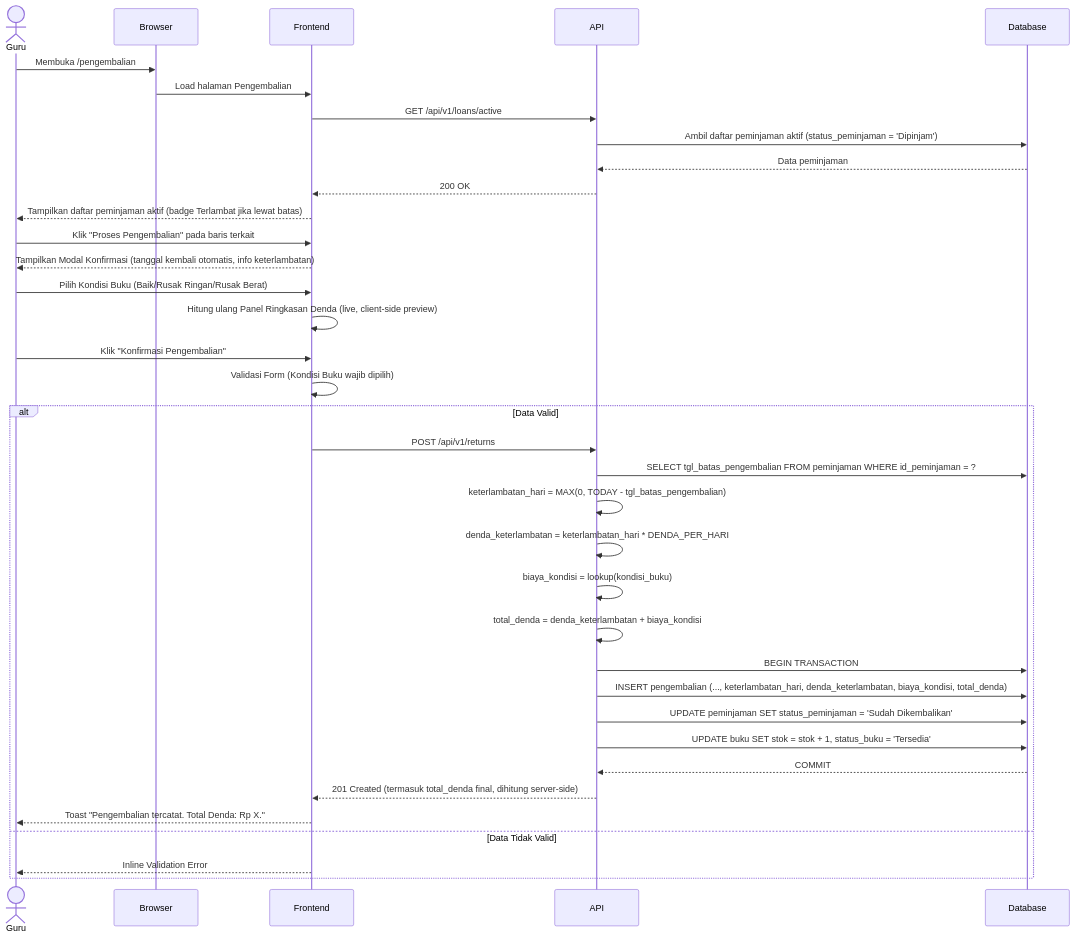
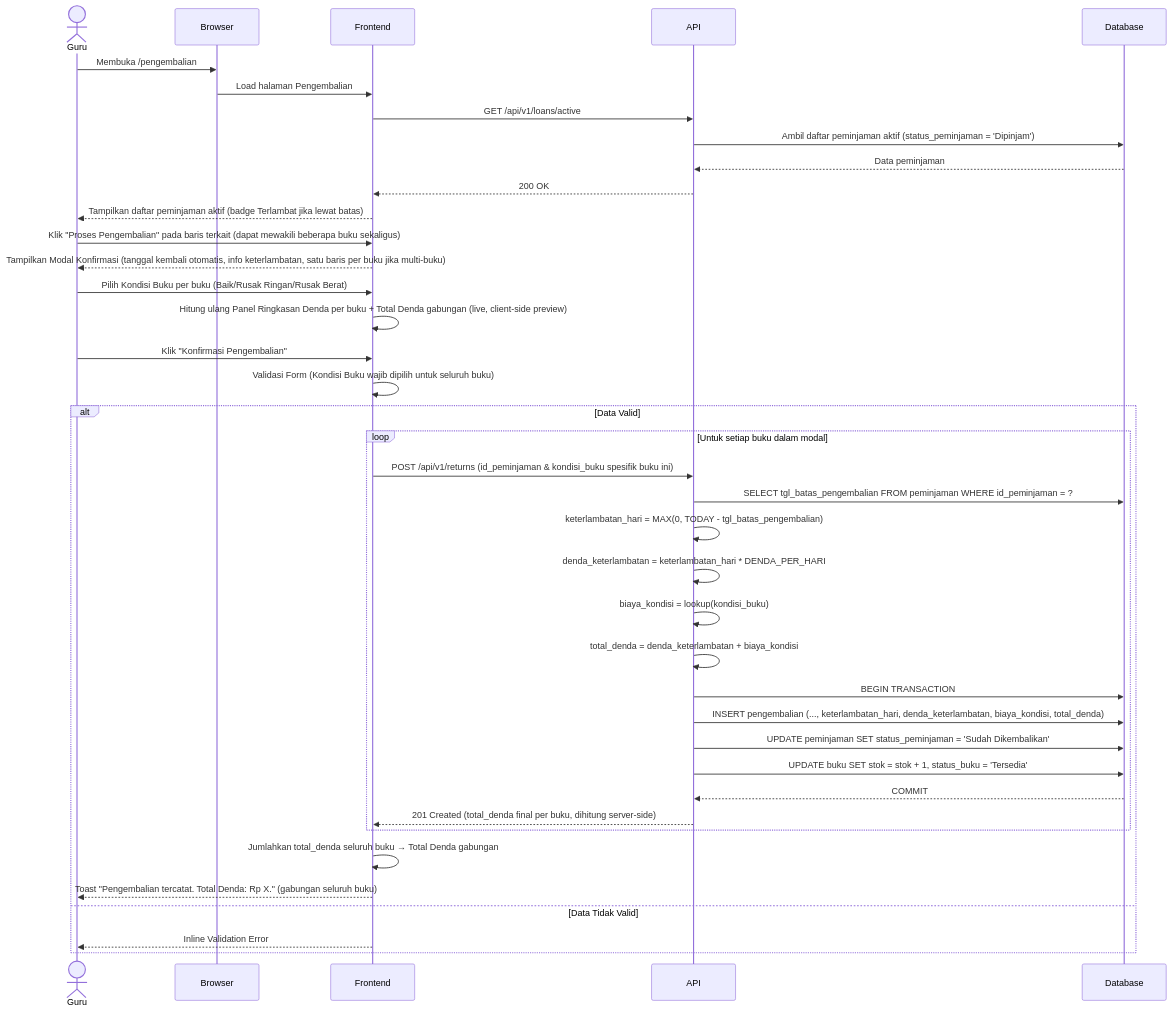
One commit to aliyaFarah14/DPSI-BRAYYY_Project changed the diagram in Docs/system_logic/sys_uc_004.md. Above: the diagram before and after it, drawn with Mermaid. The commit also changed other lines of this file and 7 other files, not shown here.

````diff
--- a/Docs/system_logic/sys_uc_004.md
+++ b/Docs/system_logic/sys_uc_004.md
@@ -47,48 +47,51 @@
 ```mermaid
 sequenceDiagram
     actor Guru
     participant Browser
     participant Frontend
     participant API
     participant Database
 
     Guru->>Browser: Membuka /pengembalian
     Browser->>Frontend: Load halaman Pengembalian
 
     Frontend->>API: GET /api/v1/loans/active
     API->>Database: Ambil daftar peminjaman aktif (status_peminjaman = 'Dipinjam')
     Database-->>API: Data peminjaman
     API-->>Frontend: 200 OK
     Frontend-->>Guru: Tampilkan daftar peminjaman aktif (badge Terlambat jika lewat batas)
 
-    Guru->>Frontend: Klik "Proses Pengembalian" pada baris terkait
-    Frontend-->>Guru: Tampilkan Modal Konfirmasi (tanggal kembali otomatis, info keterlambatan)
+    Guru->>Frontend: Klik "Proses Pengembalian" pada baris terkait (dapat mewakili beberapa buku sekaligus)
+    Frontend-->>Guru: Tampilkan Modal Konfirmasi (tanggal kembali otomatis, info keterlambatan, satu baris per buku jika multi-buku)
 
-    Guru->>Frontend: Pilih Kondisi Buku (Baik/Rusak Ringan/Rusak Berat)
-    Frontend->>Frontend: Hitung ulang Panel Ringkasan Denda (live, client-side preview)
+    Guru->>Frontend: Pilih Kondisi Buku per buku (Baik/Rusak Ringan/Rusak Berat)
+    Frontend->>Frontend: Hitung ulang Panel Ringkasan Denda per buku + Total Denda gabungan (live, client-side preview)
 
     Guru->>Frontend: Klik "Konfirmasi Pengembalian"
-    Frontend->>Frontend: Validasi Form (Kondisi Buku wajib dipilih)
+    Frontend->>Frontend: Validasi Form (Kondisi Buku wajib dipilih untuk seluruh buku)
 
     alt Data Valid
-        Frontend->>API: POST /api/v1/returns
+        loop Untuk setiap buku dalam modal
+            Frontend->>API: POST /api/v1/returns (id_peminjaman & kondisi_buku spesifik buku ini)
 
-        API->>Database: SELECT tgl_batas_pengembalian FROM peminjaman WHERE id_peminjaman = ?
-        API->>API: keterlambatan_hari = MAX(0, TODAY - tgl_batas_pengembalian)
-        API->>API: denda_keterlambatan = keterlambatan_hari * DENDA_PER_HARI
-        API->>API: biaya_kondisi = lookup(kondisi_buku)
-        API->>API: total_denda = denda_keterlambatan + biaya_kondisi
+            API->>Database: SELECT tgl_batas_pengembalian FROM peminjaman WHERE id_peminjaman = ?
+            API->>API: keterlambatan_hari = MAX(0, TODAY - tgl_batas_pengembalian)
+            API->>API: denda_keterlambatan = keterlambatan_hari * DENDA_PER_HARI
+            API->>API: biaya_kondisi = lookup(kondisi_buku)
+            API->>API: total_denda = denda_keterlambatan + biaya_kondisi
 
-        API->>Database: BEGIN TRANSACTION
-        API->>Database: INSERT pengembalian (..., keterlambatan_hari, denda_keterlambatan, biaya_kondisi, total_denda)
-        API->>Database: UPDATE peminjaman SET status_peminjaman = 'Sudah Dikembalikan'
-        API->>Database: UPDATE buku SET stok = stok + 1, status_buku = 'Tersedia'
-        Database-->>API: COMMIT
+            API->>Database: BEGIN TRANSACTION
+            API->>Database: INSERT pengembalian (..., keterlambatan_hari, denda_keterlambatan, biaya_kondisi, total_denda)
+            API->>Database: UPDATE peminjaman SET status_peminjaman = 'Sudah Dikembalikan'
+            API->>Database: UPDATE buku SET stok = stok + 1, status_buku = 'Tersedia'
+            Database-->>API: COMMIT
 
-        API-->>Frontend: 201 Created (termasuk total_denda final, dihitung server-side)
-        Frontend-->>Guru: Toast "Pengembalian tercatat. Total Denda: Rp X."
+            API-->>Frontend: 201 Created (total_denda final per buku, dihitung server-side)
+        end
+        Frontend->>Frontend: Jumlahkan total_denda seluruh buku → Total Denda gabungan
+        Frontend-->>Guru: Toast "Pengembalian tercatat. Total Denda: Rp X." (gabungan seluruh buku)
 
     else Data Tidak Valid
         Frontend-->>Guru: Inline Validation Error
     end
 ```
````
